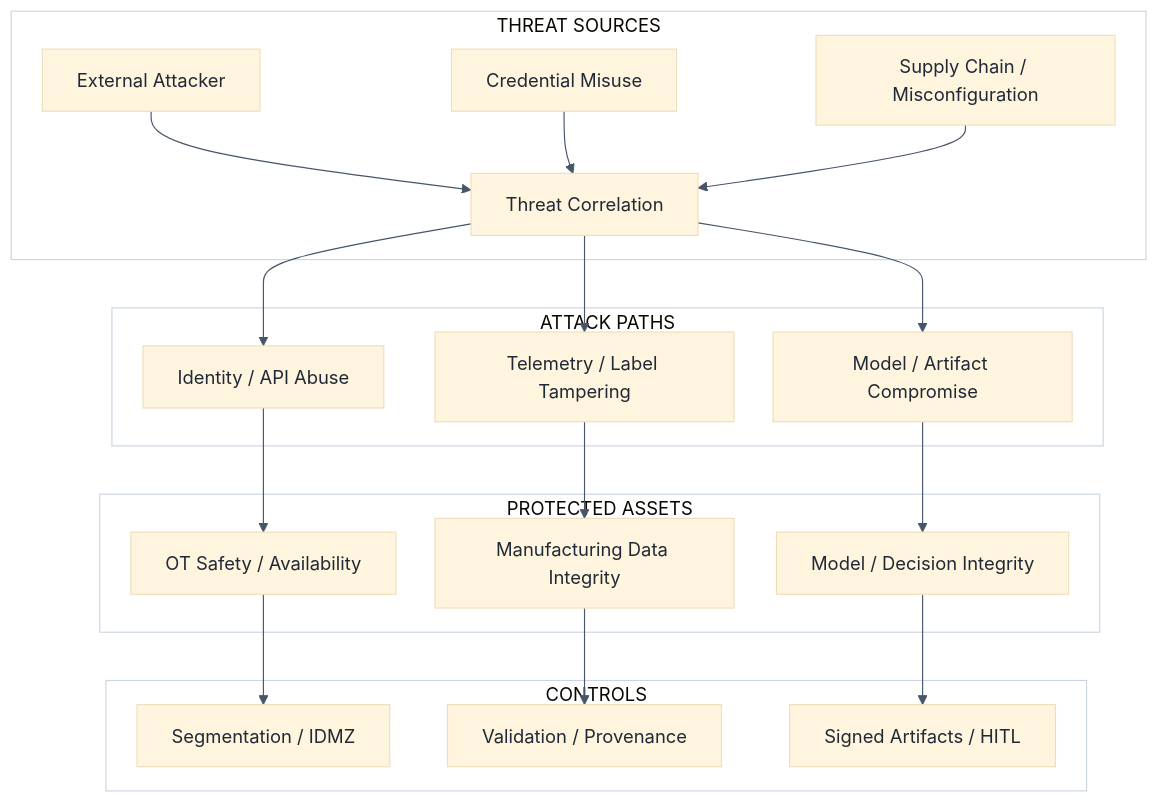
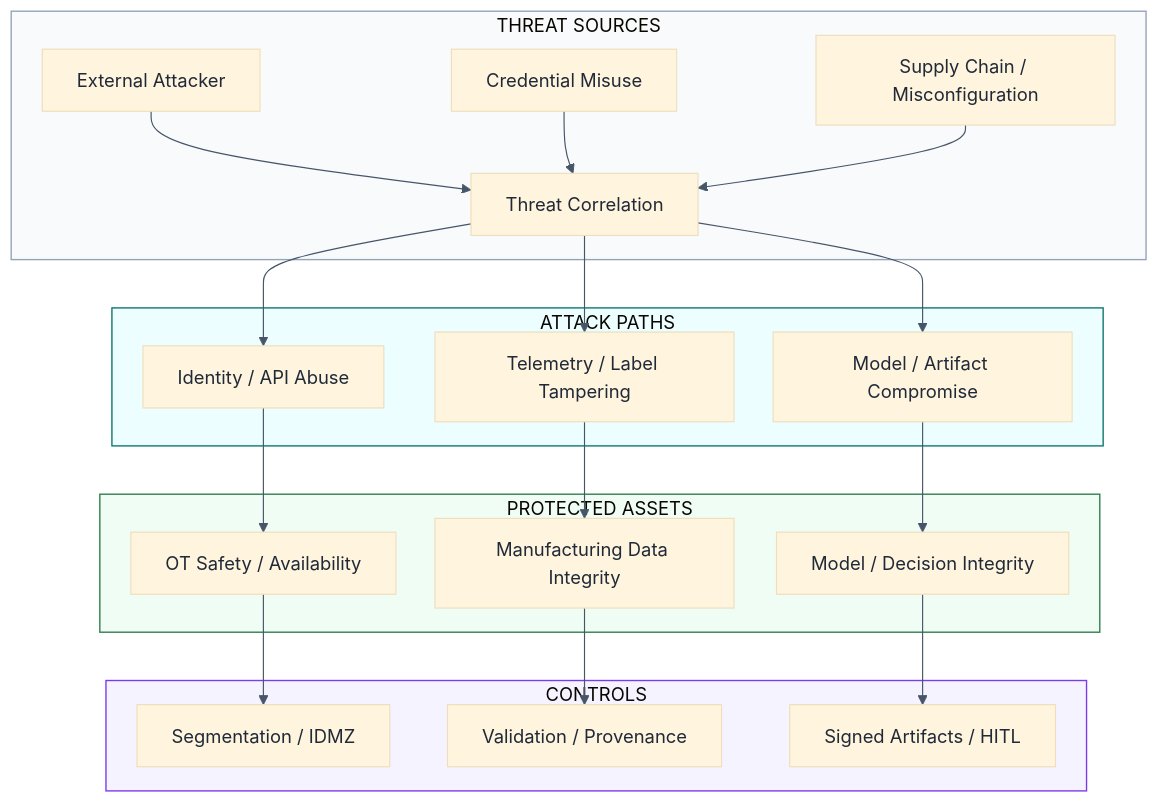
The eighth of 12 diagrams in docs/architecture/README.md (Douglas-Moore-Engineering/industrial-yield-quality-process-intelligence), drawn with Mermaid before and after one commit. The commit also changed other lines of this file, not shown here.

Commit message:
docs: resync rendered diagrams after notation cleanup

````diff
--- a/docs/architecture/README.md
+++ b/docs/architecture/README.md
@@ -237,25 +266,29 @@
 ```mermaid
 %%{init: {"theme":"base","flowchart":{"curve":"basis","nodeSpacing":34,"rankSpacing":42},"themeVariables":{"fontFamily":"Arial","fontSize":"16px","primaryTextColor":"#1F2937","lineColor":"#475569","clusterBkg":"#FFFFFF","clusterBorder":"#CBD5E1"}}}%%
 flowchart TB
 subgraph L1["THREAT SOURCES"]
   A["External Attacker"] --> D["Threat Correlation"]
   B["Credential Misuse"] --> D
   C["Supply Chain / Misconfiguration"] --> D
 end
 subgraph L2["ATTACK PATHS"]
   D --> E["Identity / API Abuse"]
   D --> F["Telemetry / Label Tampering"]
   D --> G["Model / Artifact Compromise"]
 end
 subgraph L3["PROTECTED ASSETS"]
   E --> H["OT Safety / Availability"]
   F --> I["Manufacturing Data Integrity"]
   G --> J["Model / Decision Integrity"]
 end
 subgraph L4["CONTROLS"]
   H --> K["Segmentation / IDMZ"]
   I --> L["Validation / Provenance"]
   J --> M["Signed Artifacts / HITL"]
 end
 
+style L1 fill:#F8FAFC,stroke:#94A3B8,stroke-width:1.2px
+style L2 fill:#ECFEFF,stroke:#0F766E,stroke-width:1.2px
+style L3 fill:#F0FDF4,stroke:#2F7D4C,stroke-width:1.2px
+style L4 fill:#F5F3FF,stroke:#7C3AED,stroke-width:1.2px
 ```
````
